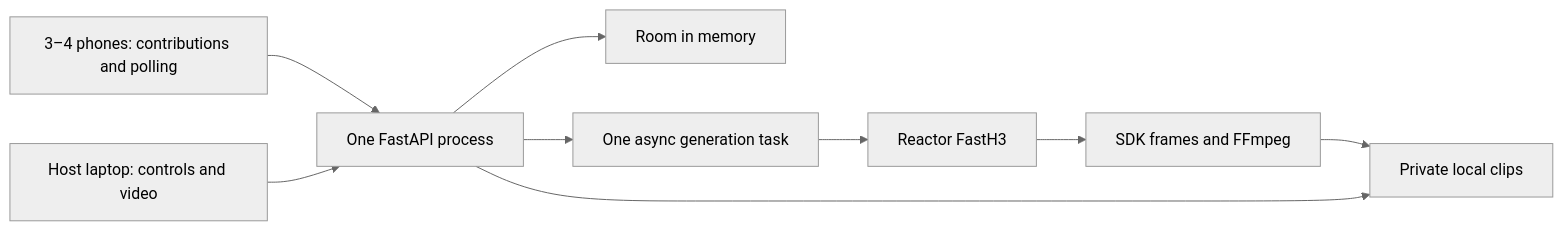
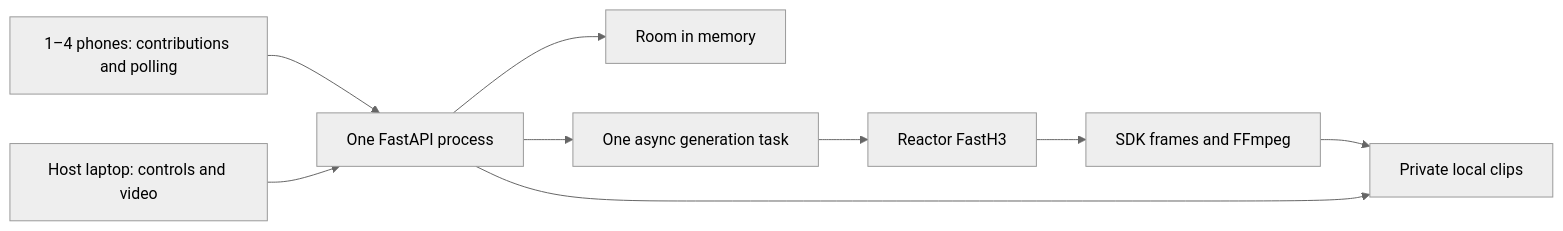
One commit to CoralLeiCN/VIbeParty changed the diagram in docs/games/word-by-word/tech-stack.md. Above: the diagram before and after it, drawn with Mermaid (neutral theme). The commit also changed 13 other files, not shown here.

````diff
--- a/docs/games/word-by-word/tech-stack.md
+++ b/docs/games/word-by-word/tech-stack.md
@@ -35,11 +35,11 @@
 ```mermaid
 flowchart LR
-    Phones[3–4 phones: contributions and polling] --> App[One FastAPI process]
+    Phones[1–4 phones: contributions and polling] --> App[One FastAPI process]
     Host[Host laptop: controls and video] --> App
     App --> State[Room in memory]
     App --> Task[One async generation task]
     Task --> Reactor[Reactor FastH3]
     Reactor --> Capture[SDK frames and FFmpeg]
     Capture --> Files[Private local clips]
     App --> Files
 ```
````
